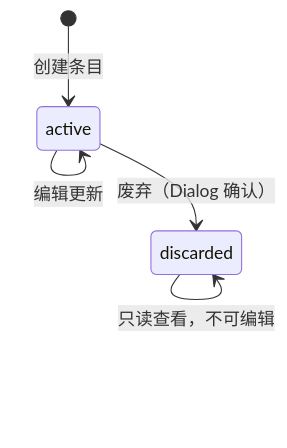
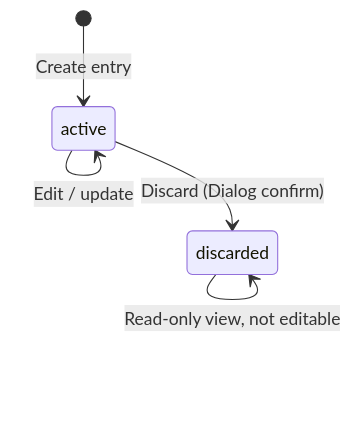
One commit to dinghongfei/LockPass changed the fifth of 5 diagrams in WIKI.md. Above: the diagram before and after it, drawn with Mermaid. The commit also changed other lines of this file and 3 other files, not shown here.

````diff
--- a/WIKI.md
+++ b/WIKI.md
@@ -377,7 +383,7 @@
 ```mermaid
 stateDiagram-v2
-    [*] --> active: 创建条目
-    active --> active: 编辑更新
-    active --> discarded: 废弃（Dialog 确认）
-    discarded --> discarded: 只读查看，不可编辑
+    [*] --> active: Create entry
+    active --> active: Edit / update
+    active --> discarded: Discard (Dialog confirm)
+    discarded --> discarded: Read-only view, not editable
 ```
````
